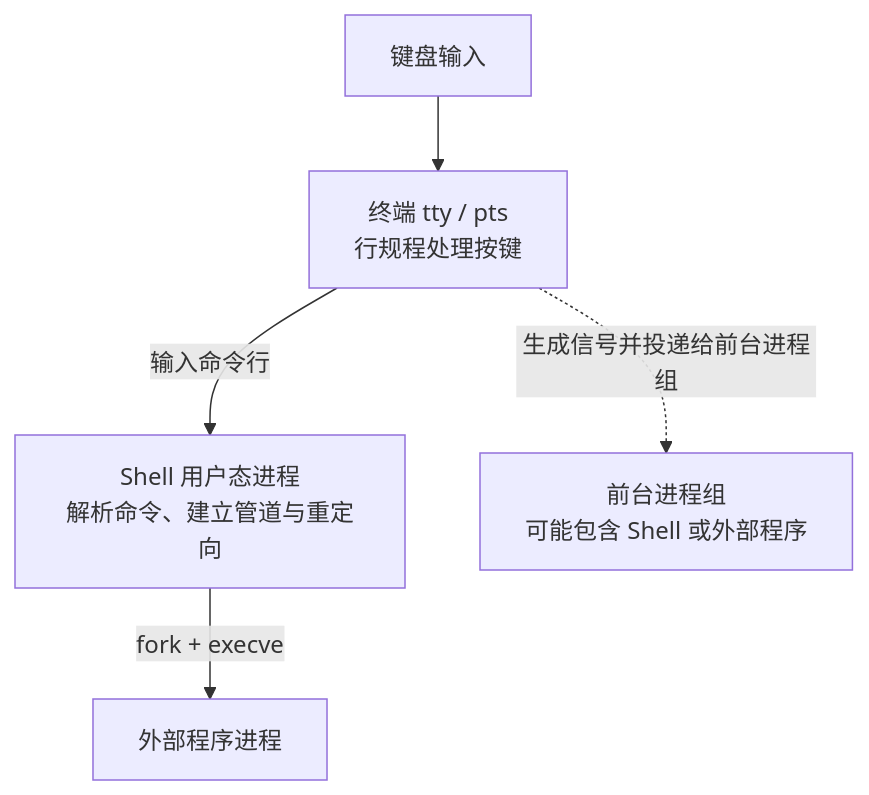
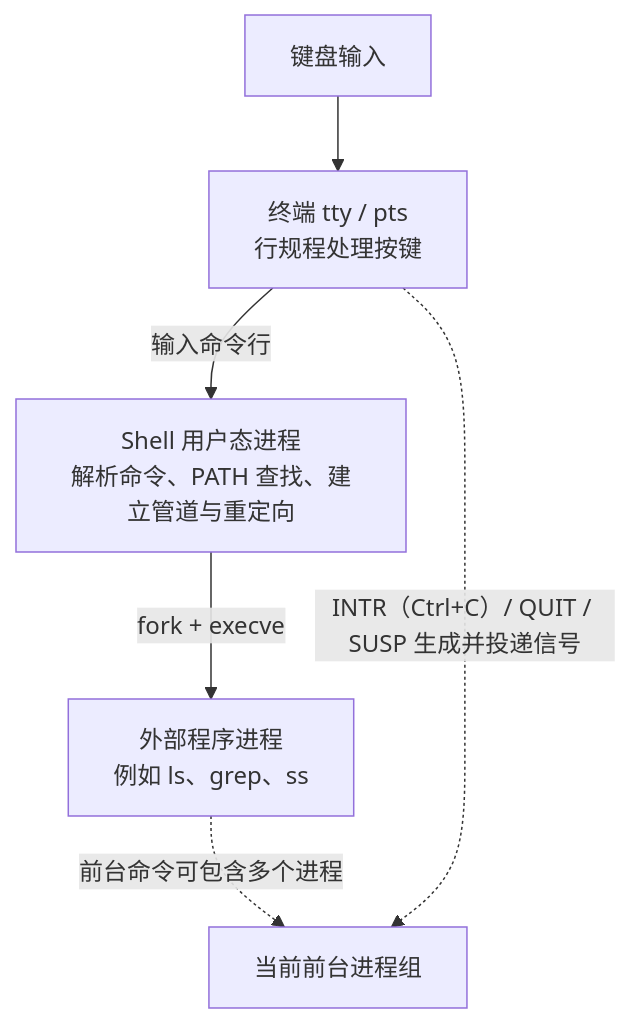
One commit to xiehanff/myblog changed the diagram in content/cs101/07-工程工具与代码质量/01-Linux命令行与进程排查.md. Above: the diagram before and after it, drawn with Mermaid. The commit also changed 16 other files, not shown here.

First line of the commit message:
docs: 替换旧图片为 Mermaid 图表并完善内容说明

````diff
--- a/content/cs101/07-工程工具与代码质量/01-Linux命令行与进程排查.md
+++ b/content/cs101/07-工程工具与代码质量/01-Linux命令行与进程排查.md
@@ -47,7 +47,8 @@
 ```mermaid
 flowchart TD
   Keyboard[键盘输入] --> Terminal[终端 tty / pts<br/>行规程处理按键]
-  Terminal -->|输入命令行| Shell[Shell 用户态进程<br/>解析命令、建立管道与重定向]
-  Shell -->|fork + execve| Program[外部程序进程]
-  Terminal -.->|生成信号并投递给前台进程组| Foreground[前台进程组<br/>可能包含 Shell 或外部程序]
+  Terminal -->|输入命令行| Shell[Shell 用户态进程<br/>解析命令、PATH 查找、建立管道与重定向]
+  Shell -->|fork + execve| Program[外部程序进程<br/>例如 ls、grep、ss]
+  Program -.->|前台命令可包含多个进程| Foreground[当前前台进程组]
+  Terminal -.->|INTR（Ctrl+C）/ QUIT / SUSP 生成并投递信号| Foreground
 ```
````
